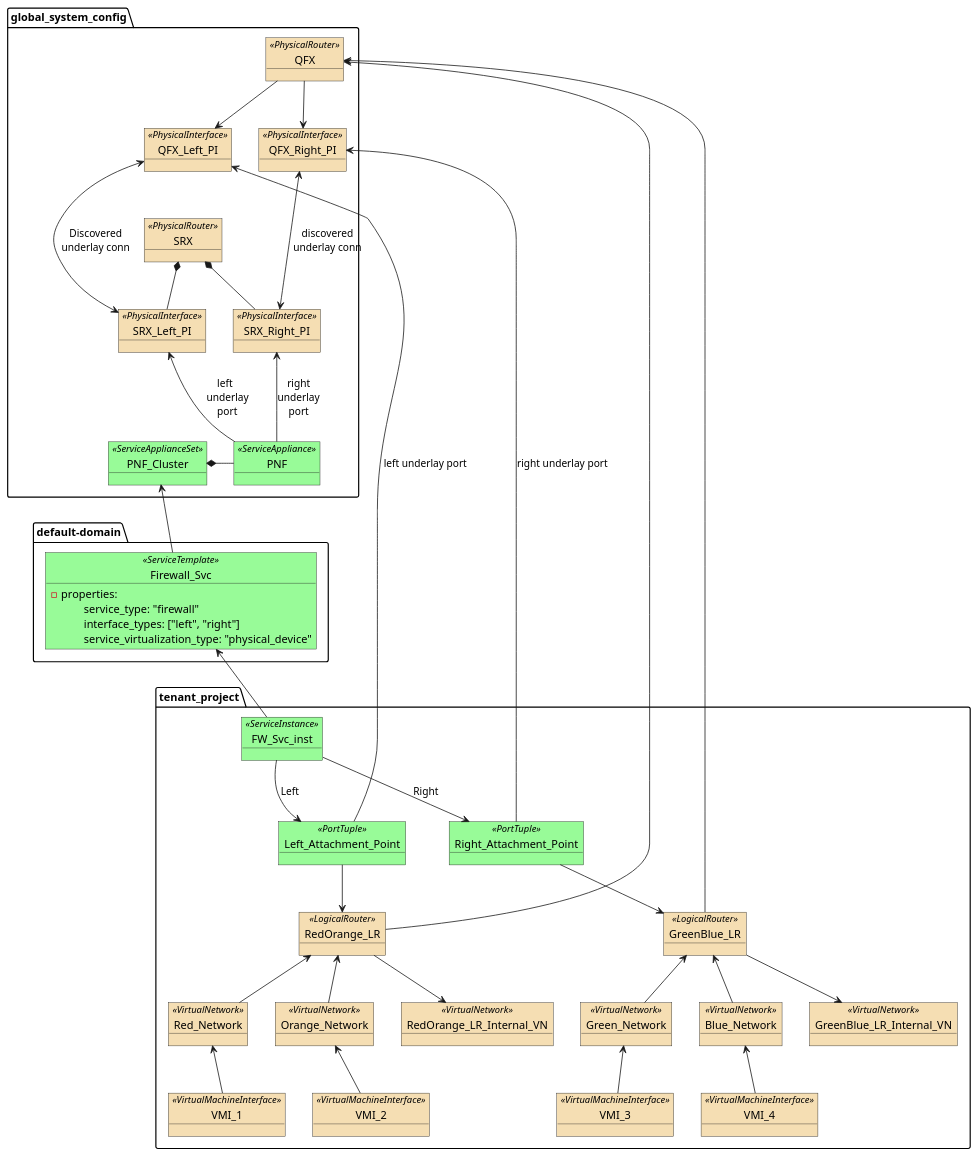
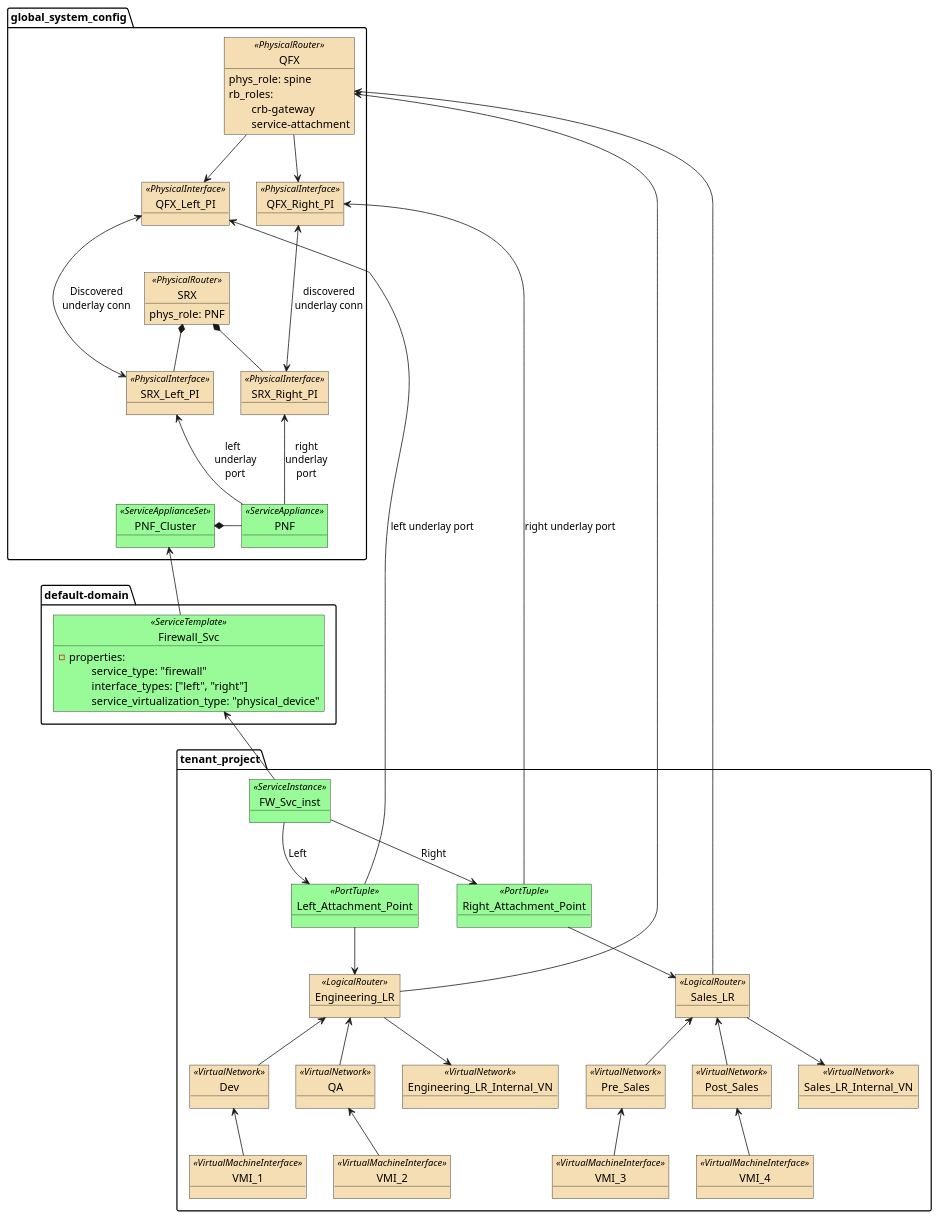
Before and after one commit to jnpr-tjiang/cfm-data-model: the diagram in 5.1-data-model/pnf-chaining-data-model-03.puml, drawn with PlantUML. The commit also changed 11 other files, not shown here.

```diff
--- a/5.1-data-model/pnf-chaining-data-model-03.puml
+++ b/5.1-data-model/pnf-chaining-data-model-03.puml
@@ -1,156 +1,161 @@
 @startuml
 
 skinparam object {
 	BackgroundColor PaleGreen
 	BackgroundColor<<PhysicalRouter>> Wheat
 	BackgroundColor<<PhysicalInterface>> Wheat
 	BackgroundColor<<LogicalRouter>> Wheat
 	BackgroundColor<<VirtualNetwork>> Wheat
 	BackgroundColor<<VirtualMachineInterface>> Wheat
 }
 
 package default-domain {
     object Firewall_Svc<<ServiceTemplate>> {
         - properties:
             \tservice_type: "firewall"
             \tinterface_types: ["left", "right"]
             \tservice_virtualization_type: "physical_device"
     }
 }
 
 package global_system_config {
 
     object SRX<<PhysicalRouter>> {
+        phys_role: PNF
     }
 
     object SRX_Left_PI<<PhysicalInterface>> {
     }
 
     object SRX_Right_PI<<PhysicalInterface>> {
     }
 
     object PNF_Cluster<<ServiceApplianceSet>> {
     }
 
     object PNF<<ServiceAppliance>> {
     }
 
     object QFX<<PhysicalRouter>> {
+        phys_role: spine
+        rb_roles:
+            \tcrb-gateway
+            \tservice-attachment
     }
 
     object QFX_Left_PI<<PhysicalInterface>> {
     }
 
     object QFX_Right_PI<<PhysicalInterface>> {
     }
 
     SRX *-- SRX_Left_PI
     SRX *-- SRX_Right_PI
 
     QFX --> QFX_Left_PI
     QFX --> QFX_Right_PI
 
     QFX_Left_PI <---> SRX_Left_PI: Discovered\nunderlay conn
     QFX_Right_PI <---> SRX_Right_PI: discovered\nunderlay conn
 
 
     PNF_Cluster *- PNF
     SRX_Left_PI <-- PNF: "left\t\t\nunderlay\t\t\nport\t\t"
     SRX_Right_PI <-- PNF: right\nunderlay\nport
 }
 
 package tenant_project {
     object FW_Svc_inst<<ServiceInstance>> {
 
     }
 
-    object RedOrange_LR<<LogicalRouter>> {
+    object Engineering_LR<<LogicalRouter>> {
     }
 
-    object GreenBlue_LR<<LogicalRouter>> {
+    object Sales_LR<<LogicalRouter>> {
     }
 
-    object Red_Network<<VirtualNetwork>> {
+    object Dev<<VirtualNetwork>> {
     }
 
-    object Orange_Network<<VirtualNetwork>> {
+    object QA<<VirtualNetwork>> {
     }
 
-    object Green_Network<<VirtualNetwork>> {
+    object Pre_Sales<<VirtualNetwork>> {
     }
 
-    object Blue_Network<<VirtualNetwork>> {
+    object Post_Sales<<VirtualNetwork>> {
     }
 
-    object RedOrange_LR_Internal_VN<<VirtualNetwork>> {
+    object Engineering_LR_Internal_VN<<VirtualNetwork>> {
     }
 
-    object GreenBlue_LR_Internal_VN<<VirtualNetwork>> {
+    object Sales_LR_Internal_VN<<VirtualNetwork>> {
     }
 
     object Left_Attachment_Point<<PortTuple>> {
     }
 
     object Right_Attachment_Point<<PortTuple>> {
     }
 
     object VMI_1<<VirtualMachineInterface>> {
     }
 
     object VMI_2<<VirtualMachineInterface>> {
     }
 
     object VMI_3<<VirtualMachineInterface>> {
     }
 
     object VMI_4<<VirtualMachineInterface>> {
     }
 
-    Red_Network <-- VMI_1
-    Orange_Network <-- VMI_2
-    Green_Network <-- VMI_3
-    Blue_Network <-- VMI_4
+    Dev <-- VMI_1
+    QA <-- VMI_2
+    Pre_Sales <-- VMI_3
+    Post_Sales <-- VMI_4
 
-    RedOrange_LR <-- Red_Network
-    RedOrange_LR <-- Orange_Network
-    RedOrange_LR --> RedOrange_LR_Internal_VN
+    Engineering_LR <-- Dev
+    Engineering_LR <-- QA
+    Engineering_LR --> Engineering_LR_Internal_VN
 
-    GreenBlue_LR <-- Green_Network
-    GreenBlue_LR <-- Blue_Network
-    GreenBlue_LR --> GreenBlue_LR_Internal_VN
+    Sales_LR <-- Pre_Sales
+    Sales_LR <-- Post_Sales
+    Sales_LR --> Sales_LR_Internal_VN
 
     FW_Svc_inst --> Left_Attachment_Point: Left
     FW_Svc_inst --> Right_Attachment_Point: Right
 
-    Left_Attachment_Point --> RedOrange_LR
-    Right_Attachment_Point --> GreenBlue_LR
+    Left_Attachment_Point --> Engineering_LR
+    Right_Attachment_Point --> Sales_LR
 }
 
 PNF_Cluster <-- Firewall_Svc
 Firewall_Svc <-- FW_Svc_inst
-QFX <-- RedOrange_LR
-QFX <-- GreenBlue_LR
+QFX <-- Engineering_LR
+QFX <-- Sales_LR
 QFX_Left_PI <-- Left_Attachment_Point: left underlay port
 QFX_Right_PI <-- Right_Attachment_Point: right underlay port
 
 'hide PNF
 'hide PNF_Cluster
 'hide Firewall_Svc
 hide FW_Svc_inst
 hide Left_Attachment_Point
 hide Right_Attachment_Point
 
-'hide Red_Network
-'hide Orange_Network
-'hide Green_Network
-'hide Blue_Network
-'hide RedOrange_LR
-'hide GreenBlue_LR
+'hide Dev
+'hide QA
+'hide Pre_Sales
+'hide Post_Sales
+'hide Engineering_LR
+'hide Sales_LR
 'hide VMI_1
 'hide VMI_2
 'hide VMI_3
 'hide VMI_4
-'hide GreenBlue_LR_Internal_VN
-'hide RedOrange_LR_Internal_VN
+'hide Sales_LR_Internal_VN
+'hide Engineering_LR_Internal_VN
 
 @enduml
```
